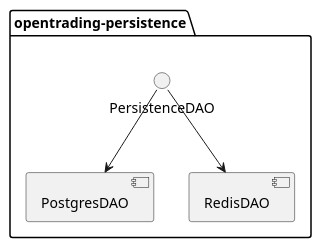
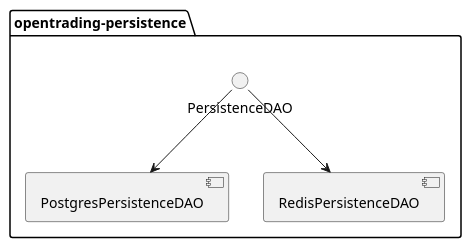
The diagram in uml/component/opentrading-persistence_component.puml (open-algorithmic-trading/docs), drawn with PlantUML before and after one commit. The commit also changed 4 other files, not shown here.

Commit message:
ReadMe update for modules, UML update

```diff
--- a/uml/component/opentrading-persistence_component.puml
+++ b/uml/component/opentrading-persistence_component.puml
@@ -1,12 +1,12 @@
 @startuml
 
 package "opentrading-persistence" {
     () "PersistenceDAO" as P
-    [PostgresDAO] as PP
-    [RedisDAO] as RP
+    [PostgresPersistenceDAO] as PP
+    [RedisPersistenceDAO] as RP
 
     P --> PP
     P --> RP
 }
 
 @enduml
```
